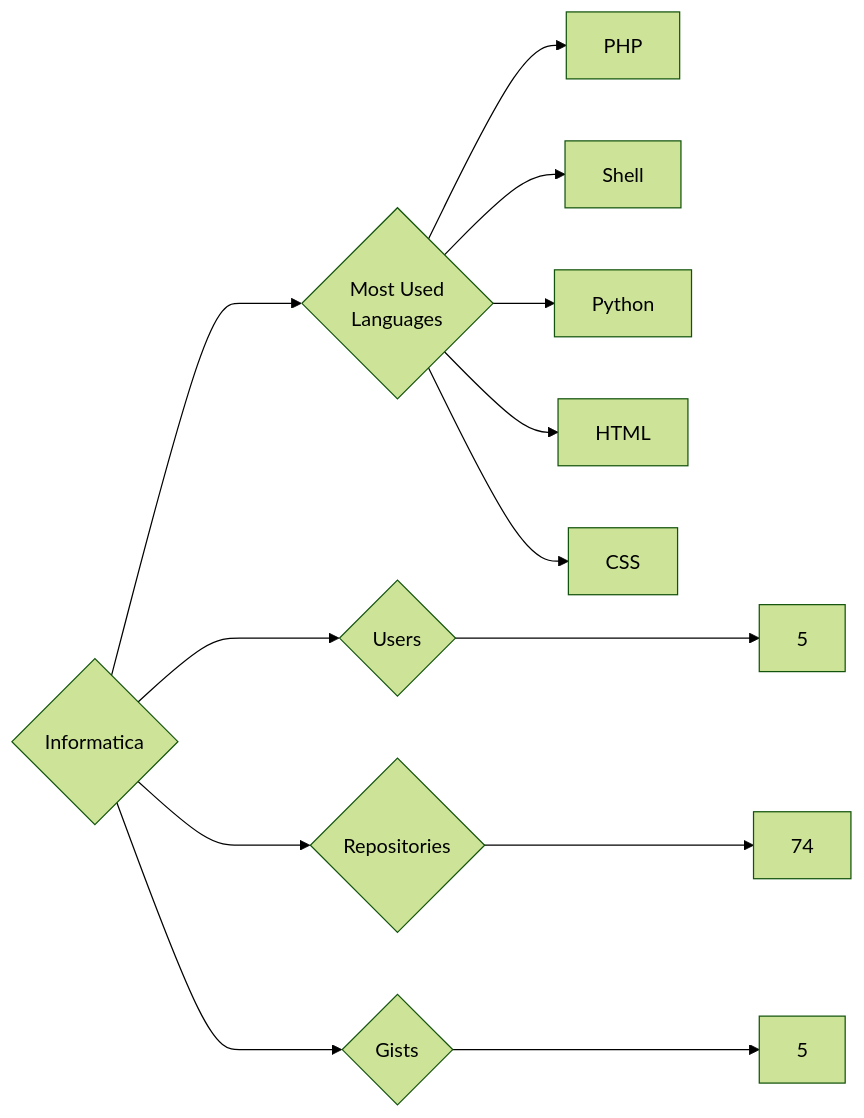
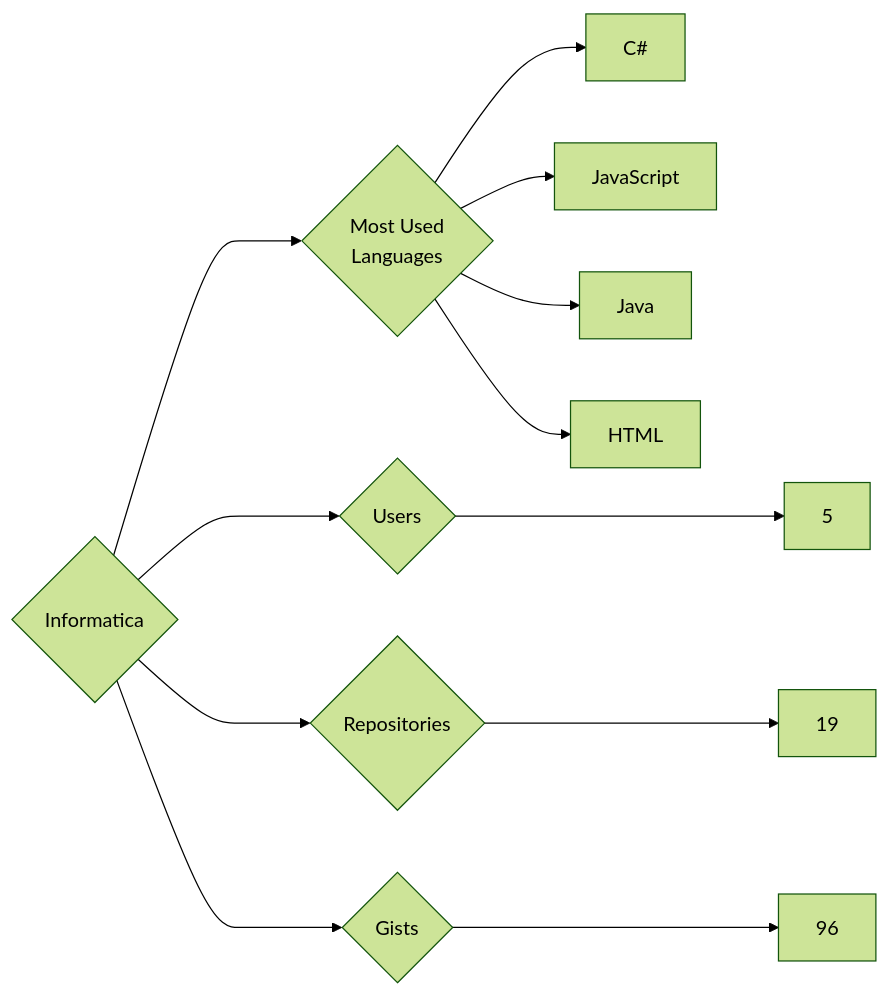
Before and after one commit to trickest/insiders: the diagram in targets/Informatica/README.md, drawn with Mermaid (forest theme). The commit also changed 873 other files, not shown here.

````diff
--- a/targets/Informatica/README.md
+++ b/targets/Informatica/README.md
@@ -3,13 +3,12 @@
 ```mermaid
 graph LR
 COMPANY_NAME{Informatica}
 COMPANY_NAME ---> U{Users} ---> UN[5]
-COMPANY_NAME ---> R{Repositories} ---> RN[74]
-COMPANY_NAME ---> G{Gists} ---> GN[5]
+COMPANY_NAME ---> R{Repositories} ---> RN[19]
+COMPANY_NAME ---> G{Gists} ---> GN[96]
 COMPANY_NAME ---> ML{Most Used<br>Languages}
-ML --> PHP[PHP]
-ML --> Shell[Shell]
-ML --> Python[Python]
+ML --> C#[C#]
+ML --> JavaScript[JavaScript]
+ML --> Java[Java]
 ML --> HTML[HTML]
-ML --> CSS[CSS]
 ```
````
